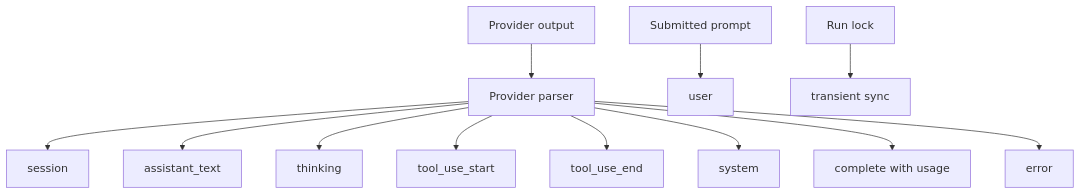
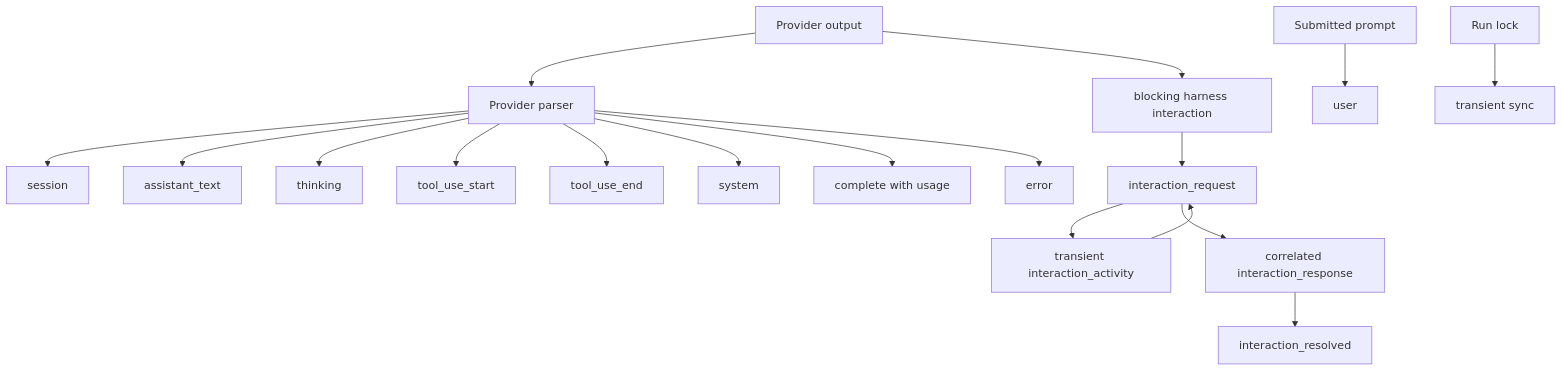
Before and after one commit to AbdallahMohamedDotnet/remote.futrx: the fourth of 5 diagrams in docs/02-workspaces/04-chat-and-agents.md, drawn with Mermaid. The commit also changed other lines of this file and 56 other files, not shown here.

````diff
--- a/docs/02-workspaces/04-chat-and-agents.md
+++ b/docs/02-workspaces/04-chat-and-agents.md
@@ -278,14 +281,20 @@
 ```mermaid
 flowchart TD
     Provider["Provider output"] --> Parser["Provider parser"]
     Parser --> Session["session"]
     Parser --> Text["assistant_text"]
     Parser --> Thinking["thinking"]
     Parser --> ToolStart["tool_use_start"]
     Parser --> ToolEnd["tool_use_end"]
+    Provider --> Interaction["blocking harness interaction"]
+    Interaction --> Request["interaction_request"]
+    Request --> Activity["transient interaction_activity"]
+    Activity --> Request
+    Request --> Response["correlated interaction_response"]
+    Response --> Resolved["interaction_resolved"]
     Parser --> System["system"]
     Parser --> Complete["complete with usage"]
     Parser --> Error["error"]
     User["Submitted prompt"] --> UserEvent["user"]
     Hub["Run lock"] --> Sync["transient sync"]
 ```
````
